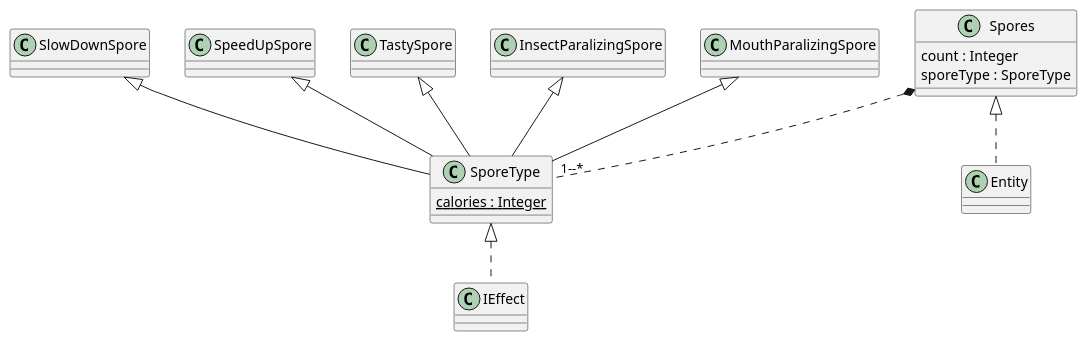
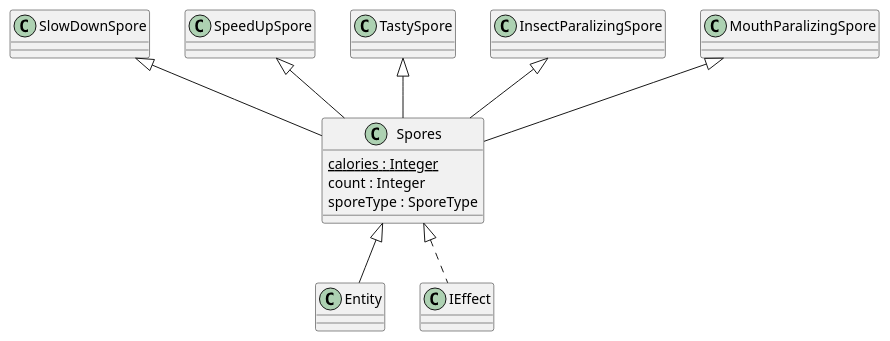
Before and after one commit to Petya-G/fungorium: the diagram in 3/classes/spore.puml, drawn with PlantUML.

Commit message:
removed sporetype

```diff
--- a/3/classes/spore.puml
+++ b/3/classes/spore.puml
@@ -1,39 +1,35 @@
 @startuml spore
 
-Spores *.. "1--*" SporeType
-Spores <|.. Entity
+Spores <|-- Entity
+Spores <|.. IEffect
 class Spores{
+    {static} calories : Integer
     count : Integer
     sporeType : SporeType
 }
 
-SporeType <|.. IEffect
-class SporeType{
-    {static} calories : Integer
-}
-
-SlowDownSpore <|--SporeType
+SlowDownSpore <|-- Spores
 class SlowDownSpore{
 
 }
 
-SpeedUpSpore <|--SporeType
+SpeedUpSpore <|-- Spores
 class SpeedUpSpore{
 
 }
 
-TastySpore <|--SporeType
+TastySpore <|-- Spores
 class TastySpore{
 
 }
 
-InsectParalizingSpore <|--SporeType
+InsectParalizingSpore <|-- Spores
 class InsectParalizingSpore{
 
 }
 
-MouthParalizingSpore <|--SporeType
+MouthParalizingSpore <|-- Spores
 class MouthParalizingSpore{
 
 }
 @enduml
```
